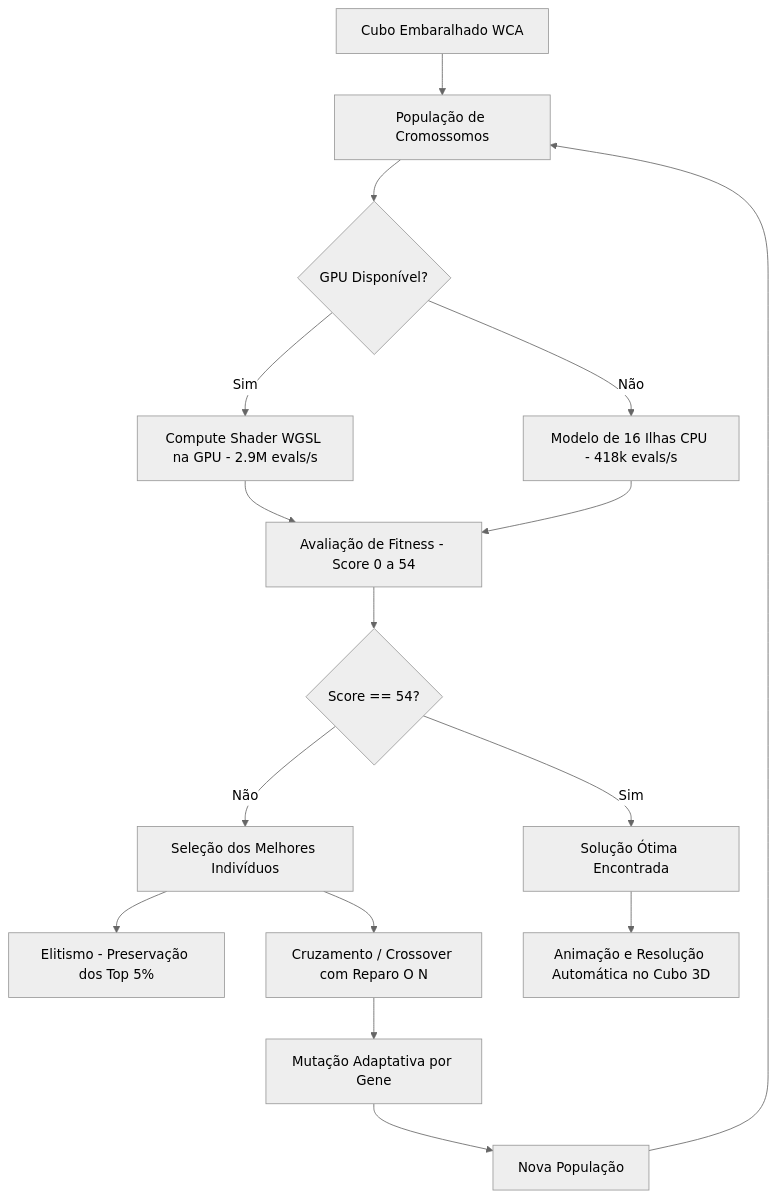
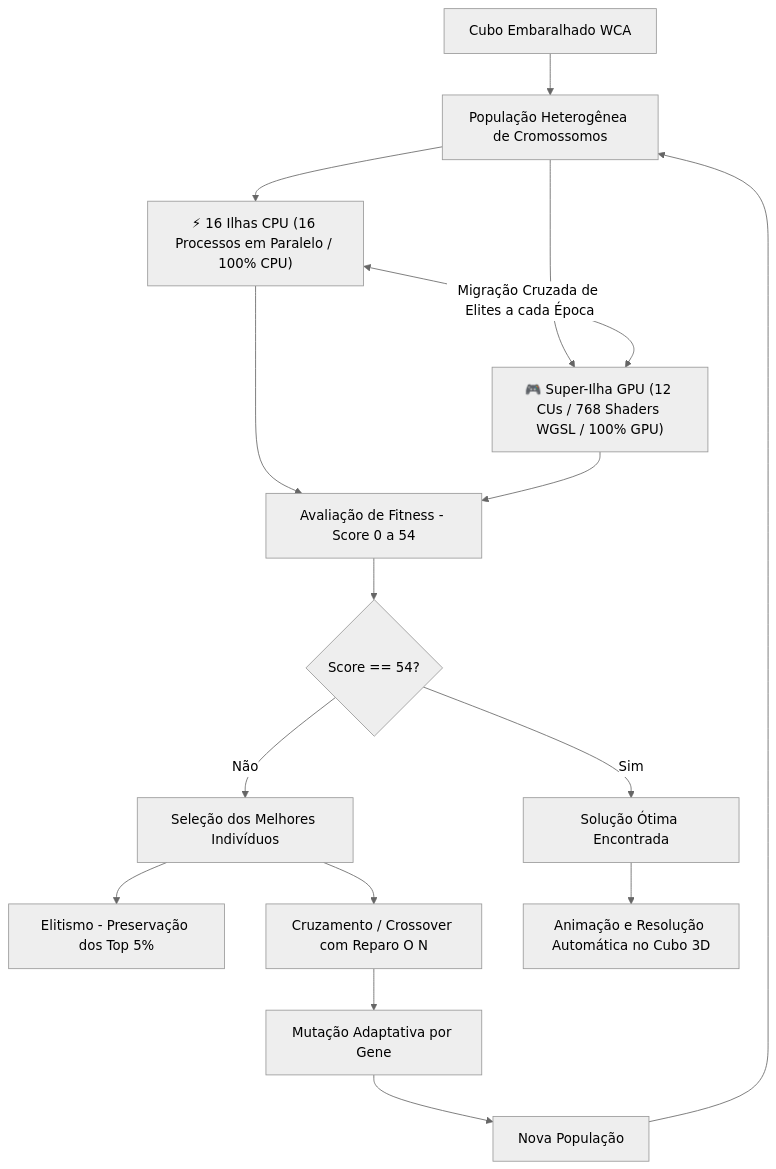
Before and after one commit to luiz0067yahoo/python-algoritmo-genetico-inteligencia-artificial-cubo-de-rubik: the diagram in README.md, drawn with Mermaid (neutral theme). The commit also changed other lines of this file and 5 other files, not shown here.

````diff
--- a/README.md
+++ b/README.md
@@ -43,18 +45,18 @@
 ```mermaid
 graph TD
-    A[Cubo Embaralhado WCA] --> B[População de Cromossomos]
-    B --> C{GPU Disponível?}
-    C -- Sim --> D[Compute Shader WGSL na GPU - 2.9M evals/s]
-    C -- Não --> E[Modelo de 16 Ilhas CPU - 418k evals/s]
-    D --> F[Avaliação de Fitness - Score 0 a 54]
-    E --> F
-    F --> G{Score == 54?}
-    G -- Sim --> H[Solução Ótima Encontrada]
-    G -- Não --> I[Seleção dos Melhores Indivíduos]
-    I --> J[Elitismo - Preservação dos Top 5%]
-    I --> K[Cruzamento / Crossover com Reparo O N]
-    K --> L[Mutação Adaptativa por Gene]
-    L --> M[Nova População]
-    M --> B
-    H --> N[Animação e Resolução Automática no Cubo 3D]
+    A[Cubo Embaralhado WCA] --> B[População Heterogênea de Cromossomos]
+    B --> C["⚡ 16 Ilhas CPU (16 Processos em Paralelo / 100% CPU)"]
+    B --> D["🎮 Super-Ilha GPU (12 CUs / 768 Shaders WGSL / 100% GPU)"]
+    C <-->|Migração Cruzada de Elites a cada Época| D
+    C --> E[Avaliação de Fitness - Score 0 a 54]
+    D --> E
+    E --> F{Score == 54?}
+    F -- Sim --> G[Solução Ótima Encontrada]
+    F -- Não --> H[Seleção dos Melhores Indivíduos]
+    H --> I[Elitismo - Preservação dos Top 5%]
+    H --> J[Cruzamento / Crossover com Reparo O N]
+    J --> K[Mutação Adaptativa por Gene]
+    K --> L[Nova População]
+    L --> B
+    G --> M[Animação e Resolução Automática no Cubo 3D]
 ```
````
